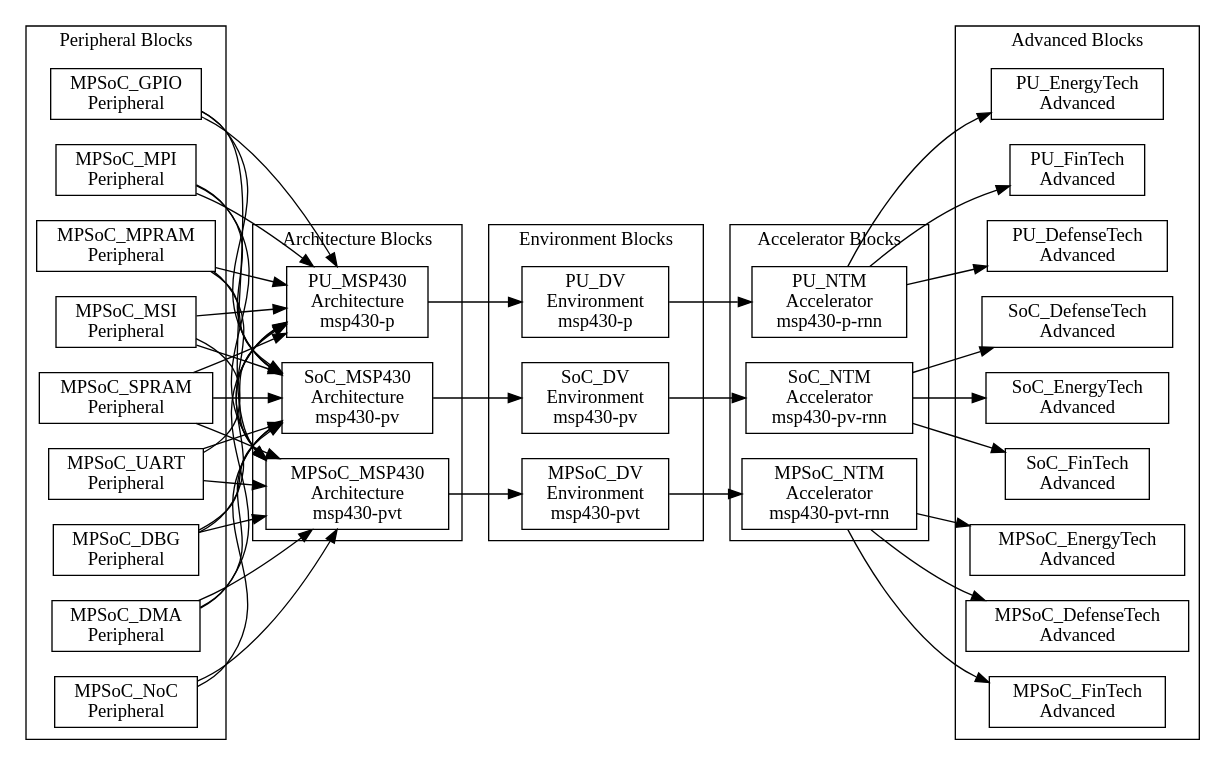
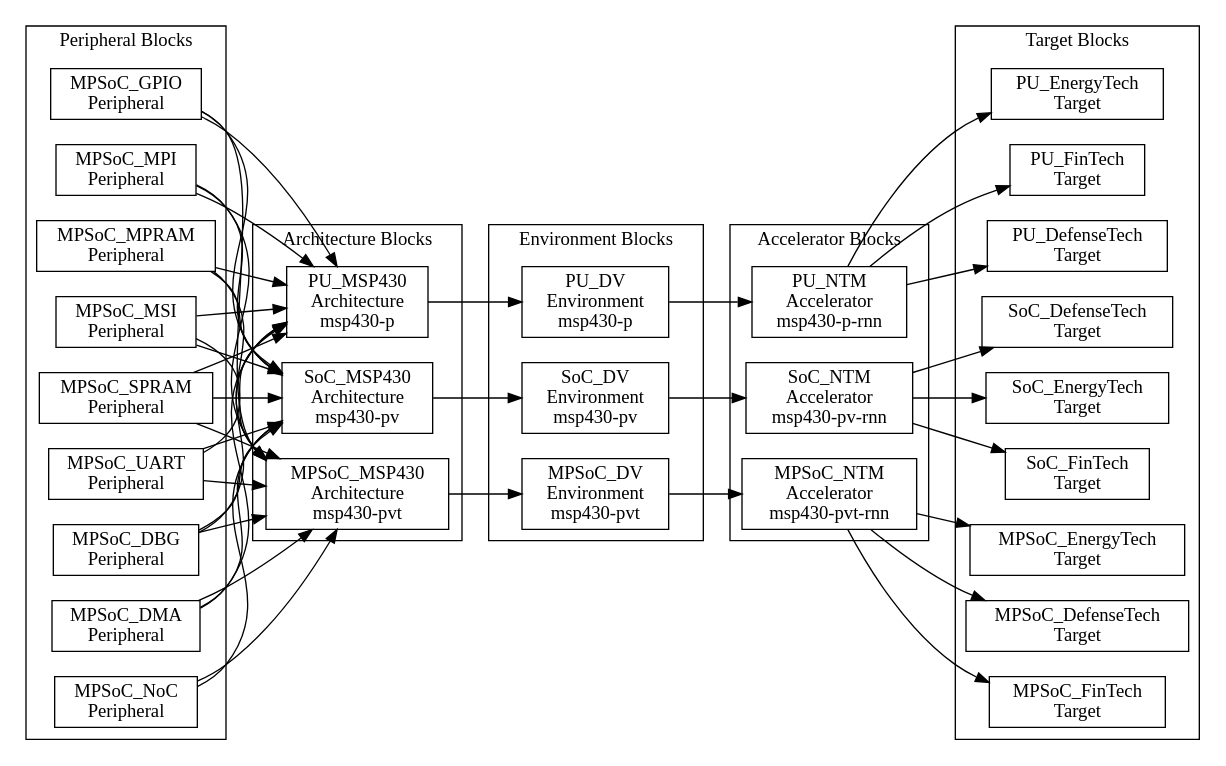
The diagram in doc/isa/msp430/assets/dependences-global.dot (PacoReinaCampo/MPSoC-NTM), drawn with Graphviz before and after one commit. The commit also changed 251 other files, not shown here.

```diff
--- a/doc/isa/msp430/assets/dependences-global.dot
+++ b/doc/isa/msp430/assets/dependences-global.dot
@@ -1,117 +1,117 @@
 digraph Project {
   // Introduction
   graph [rankdir = LR];
   node[shape=record];
 
   // Peripheral Blocks
   subgraph "cluster PeripheralBlocks" { label = "Peripheral Blocks";
     MPSoC_DBG[label="MPSoC_DBG\nPeripheral"];
     MPSoC_DMA[label="MPSoC_DMA\nPeripheral"];
     MPSoC_GPIO[label="MPSoC_GPIO\nPeripheral"];
     MPSoC_MPI[label="MPSoC_MPI\nPeripheral"];
     MPSoC_MPRAM[label="MPSoC_MPRAM\nPeripheral"];
     MPSoC_MSI[label="MPSoC_MSI\nPeripheral"];
     MPSoC_NoC[label="MPSoC_NoC\nPeripheral"];
     MPSoC_SPRAM[label="MPSoC_SPRAM\nPeripheral"];
     MPSoC_UART[label="MPSoC_UART\nPeripheral"];
   }
 
   // Architecture Blocks
   subgraph "cluster ArchitectureBlocks" { label = "Architecture Blocks";
     MPSoC_MSP430[label="MPSoC_MSP430\nArchitecture\nmsp430-pvt"];
     SoC_MSP430[label="SoC_MSP430\nArchitecture\nmsp430-pv"];
     PU_MSP430[label="PU_MSP430\nArchitecture\nmsp430-p"];
   }
 
   // Environment Blocks
   subgraph "cluster EnvironmentBlocks" { label = "Environment Blocks";
     MPSoC_DV[label="MPSoC_DV\nEnvironment\nmsp430-pvt"];
     SoC_DV[label="SoC_DV\nEnvironment\nmsp430-pv"];
     PU_DV[label="PU_DV\nEnvironment\nmsp430-p"];
   }
 
   // Accelerator Blocks
   subgraph "cluster AcceleratorBlocks" { label = "Accelerator Blocks";
     MPSoC_NTM[label="MPSoC_NTM\nAccelerator\nmsp430-pvt-rnn"];
     SoC_NTM[label="SoC_NTM\nAccelerator\nmsp430-pv-rnn"];
     PU_NTM[label="PU_NTM\nAccelerator\nmsp430-p-rnn"];
   }
 
-  // Advanced Blocks
-  subgraph "cluster AdvancedBlocks" { label = "Advanced Blocks";
-    MPSoC_EnergyTech[label="MPSoC_EnergyTech\nAdvanced"];
-    SoC_EnergyTech[label="SoC_EnergyTech\nAdvanced"];
-    PU_EnergyTech[label="PU_EnergyTech\nAdvanced"];
+  // Target Blocks
+  subgraph "cluster TargetBlocks" { label = "Target Blocks";
+    MPSoC_EnergyTech[label="MPSoC_EnergyTech\nTarget"];
+    SoC_EnergyTech[label="SoC_EnergyTech\nTarget"];
+    PU_EnergyTech[label="PU_EnergyTech\nTarget"];
 
-    MPSoC_FinTech[label="MPSoC_FinTech\nAdvanced"];
-    SoC_FinTech[label="SoC_FinTech\nAdvanced"];
-    PU_FinTech[label="PU_FinTech\nAdvanced"];
+    MPSoC_FinTech[label="MPSoC_FinTech\nTarget"];
+    SoC_FinTech[label="SoC_FinTech\nTarget"];
+    PU_FinTech[label="PU_FinTech\nTarget"];
 
-    MPSoC_DefenseTech[label="MPSoC_DefenseTech\nAdvanced"];
-    SoC_DefenseTech[label="SoC_DefenseTech\nAdvanced"];
-    PU_DefenseTech[label="PU_DefenseTech\nAdvanced"];
+    MPSoC_DefenseTech[label="MPSoC_DefenseTech\nTarget"];
+    SoC_DefenseTech[label="SoC_DefenseTech\nTarget"];
+    PU_DefenseTech[label="PU_DefenseTech\nTarget"];
   }
 
   // Peripheral -> Architecture
   MPSoC_DBG -> MPSoC_MSP430;
   MPSoC_DMA -> MPSoC_MSP430;
   MPSoC_GPIO -> MPSoC_MSP430;
   MPSoC_MPI -> MPSoC_MSP430;
   MPSoC_MPRAM -> MPSoC_MSP430;
   MPSoC_MSI -> MPSoC_MSP430;
   MPSoC_NoC -> MPSoC_MSP430;
   MPSoC_SPRAM -> MPSoC_MSP430;
   MPSoC_UART -> MPSoC_MSP430;
 
   MPSoC_DBG -> SoC_MSP430;
   MPSoC_DMA -> SoC_MSP430;
   MPSoC_GPIO -> SoC_MSP430;
   MPSoC_MPI -> SoC_MSP430;
   MPSoC_MPRAM -> SoC_MSP430;
   MPSoC_MSI -> SoC_MSP430;
   MPSoC_NoC -> SoC_MSP430;
   MPSoC_SPRAM -> SoC_MSP430;
   MPSoC_UART -> SoC_MSP430;
 
   MPSoC_DBG -> PU_MSP430;
   MPSoC_DMA -> PU_MSP430;
   MPSoC_GPIO -> PU_MSP430;
   MPSoC_MPI -> PU_MSP430;
   MPSoC_MPRAM -> PU_MSP430;
   MPSoC_MSI -> PU_MSP430;
   MPSoC_SPRAM -> PU_MSP430;
   MPSoC_UART -> PU_MSP430;
 
   // Architecture -> Environment
   PU_MSP430 -> PU_DV;
 
   SoC_MSP430 -> SoC_DV;
 
   MPSoC_MSP430 -> MPSoC_DV;
 
   // Environment -> Accelerator
   PU_DV -> PU_NTM;
 
   SoC_DV -> SoC_NTM;
 
   MPSoC_DV -> MPSoC_NTM;
 
-  // Accelerator -> Advanced
+  // Accelerator -> Target
   PU_NTM -> PU_EnergyTech;
 
   SoC_NTM -> SoC_EnergyTech;
 
   MPSoC_NTM -> MPSoC_EnergyTech;
 
   PU_NTM -> PU_FinTech;
 
   SoC_NTM -> SoC_FinTech;
 
   MPSoC_NTM -> MPSoC_FinTech;
 
   PU_NTM -> PU_DefenseTech;
 
   SoC_NTM -> SoC_DefenseTech;
 
   MPSoC_NTM -> MPSoC_DefenseTech;
 }
```
